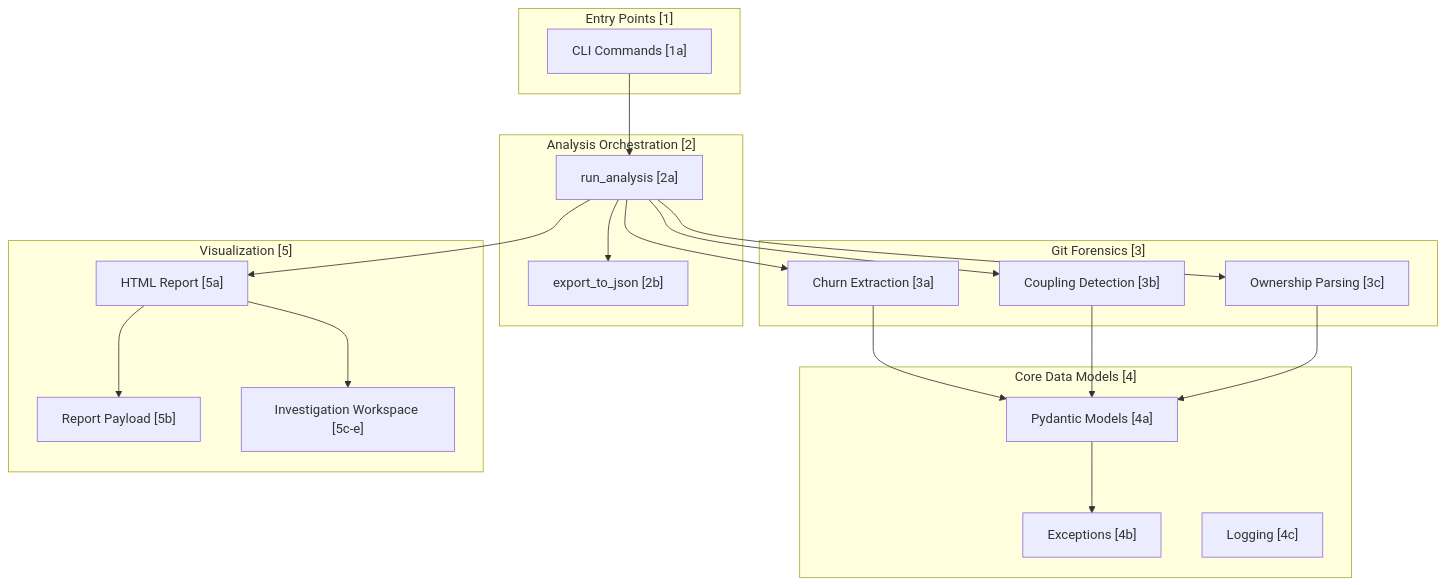
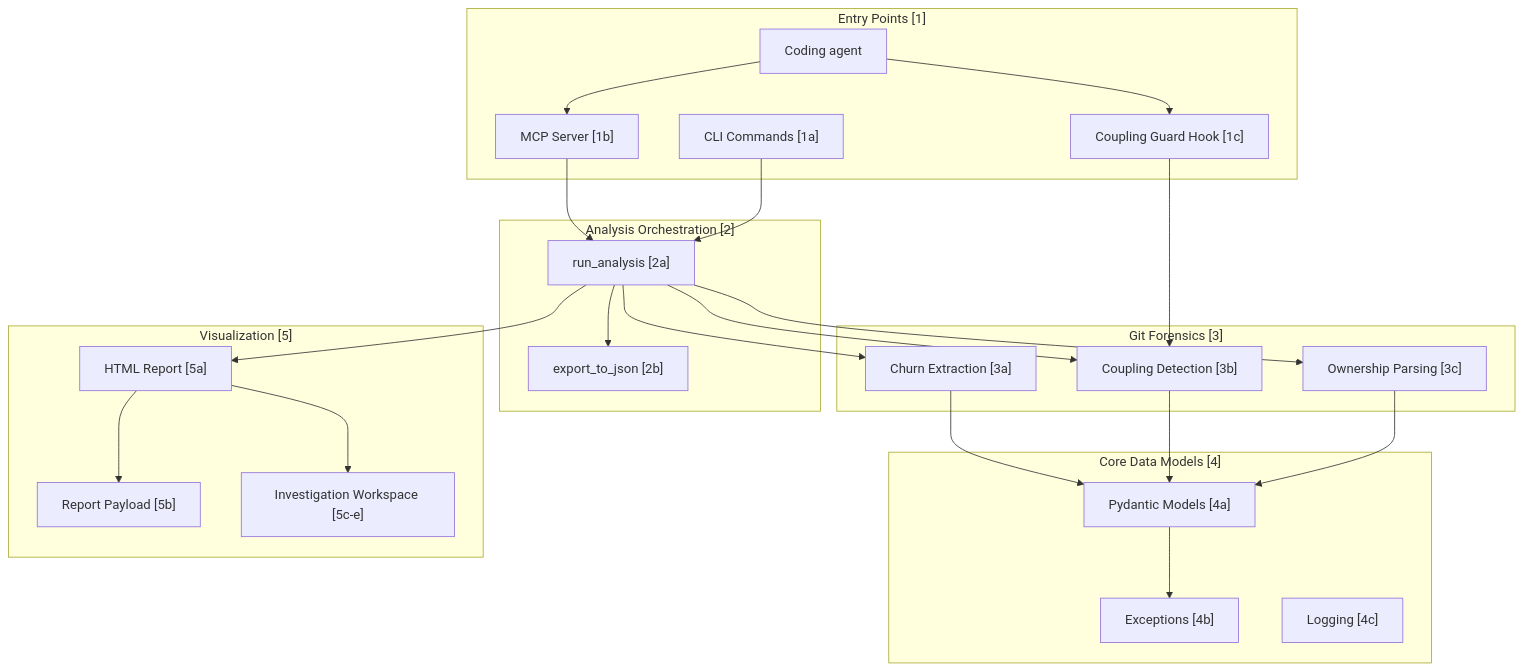
Before and after one commit to michael-denyer/black-box-unlock: the first of 6 diagrams in docs/CODEMAP.md, drawn with Mermaid. The commit also changed other lines of this file and 4 other files, not shown here.

Commit message:
docs: show the MCP agent path in the diagrams (#48)

````diff
--- a/docs/CODEMAP.md
+++ b/docs/CODEMAP.md
@@ -7,42 +7,49 @@
 ```mermaid
 flowchart TB
     subgraph Layer1["Entry Points [1]"]
+        Agent["Coding agent"]
+        MCP["MCP Server [1b]"]
+        Guard["Coupling Guard Hook [1c]"]
         CLI["CLI Commands [1a]"]
     end
 
     subgraph Layer2["Analysis Orchestration [2]"]
         Analysis["run_analysis [2a]"]
         Export["export_to_json [2b]"]
     end
 
     subgraph Layer3["Git Forensics [3]"]
         Churn["Churn Extraction [3a]"]
         Coupling["Coupling Detection [3b]"]
         Ownership["Ownership Parsing [3c]"]
     end
 
     subgraph Layer4["Core Data Models [4]"]
         Models["Pydantic Models [4a]"]
         Exceptions["Exceptions [4b]"]
         Logging["Logging [4c]"]
     end
 
     subgraph Layer5["Visualization [5]"]
         HTML["HTML Report [5a]"]
         Payload["Report Payload [5b]"]
         Workspace["Investigation Workspace [5c-e]"]
     end
 
+    Agent --> MCP
+    Agent --> Guard
+    MCP --> Analysis
+    Guard --> Coupling
     CLI --> Analysis
     Analysis --> Churn
     Analysis --> Coupling
     Analysis --> Ownership
     Churn --> Models
     Coupling --> Models
     Ownership --> Models
     Analysis --> Export
     Analysis --> HTML
     HTML --> Payload
     HTML --> Workspace
     Models --> Exceptions
 ```
````
